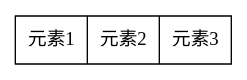
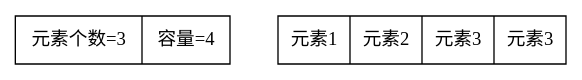
One commit to xavierwoo/data_structrues_notes changed diagram 12 of 31 in src/第一章-线性结构.md. Above: the diagram before and after it, drawn with Graphviz. The commit also changed other lines of this file and 1 other file, not shown here.

````diff
--- a/src/第一章-线性结构.md
+++ b/src/第一章-线性结构.md
@@ -133,6 +306,10 @@
 ```dot
 digraph G{
+    rankdir=LR
     node [shape = record]
-    A [label = "元素1|元素2|元素3"];
+    H[label="{元素个数=3 | 容量=4}"]
+    A [label = "{元素1|元素2|元素3|元素3  }"];
+
+    H -> A[weight=10 style=invis]
 }
 ```
````
